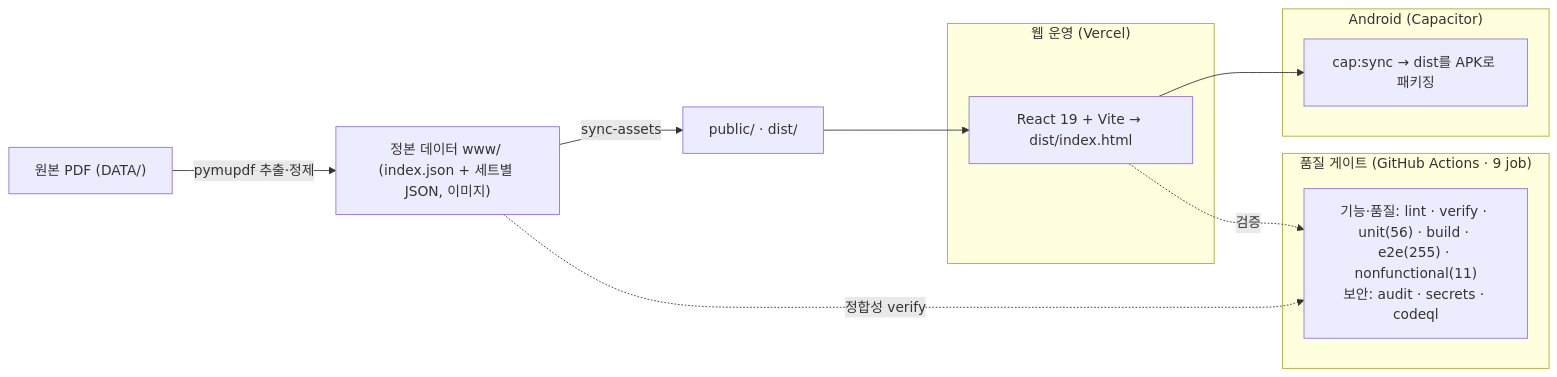
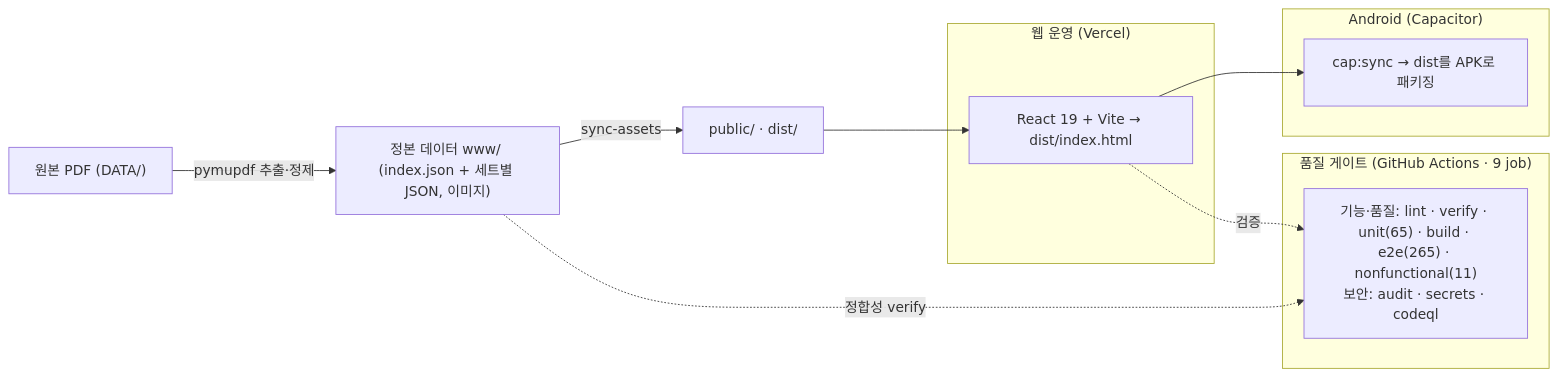
The diagram in README.md (WindowHyun/ISTQB), drawn with Mermaid before and after one commit. The commit also changed other lines of this file and 16 other files, not shown here.

````diff
--- a/README.md
+++ b/README.md
@@ -174,20 +174,20 @@
 ```mermaid
 flowchart LR
   PDF["원본 PDF (DATA/)"] -->|pymupdf 추출·정제| SRC["정본 데이터 www/ (index.json + 세트별 JSON, 이미지)"]
   SRC -->|sync-assets| PUB["public/ · dist/"]
 
   subgraph 웹_운영["웹 운영 (Vercel)"]
     REACT["React 19 + Vite → dist/index.html"]
   end
   subgraph APK["Android (Capacitor)"]
     CAP["cap:sync → dist를 APK로 패키징"]
   end
   PUB --> REACT
   REACT --> CAP
 
   subgraph 품질["품질 게이트 (GitHub Actions · 9 job)"]
-    CI["기능·품질: lint · verify · unit(56) · build · e2e(255) · nonfunctional(11)<br/>보안: audit · secrets · codeql"]
+    CI["기능·품질: lint · verify · unit(65) · build · e2e(265) · nonfunctional(11)<br/>보안: audit · secrets · codeql"]
   end
   REACT -.검증.-> CI
   SRC -.정합성 verify.-> CI
 ```
````
